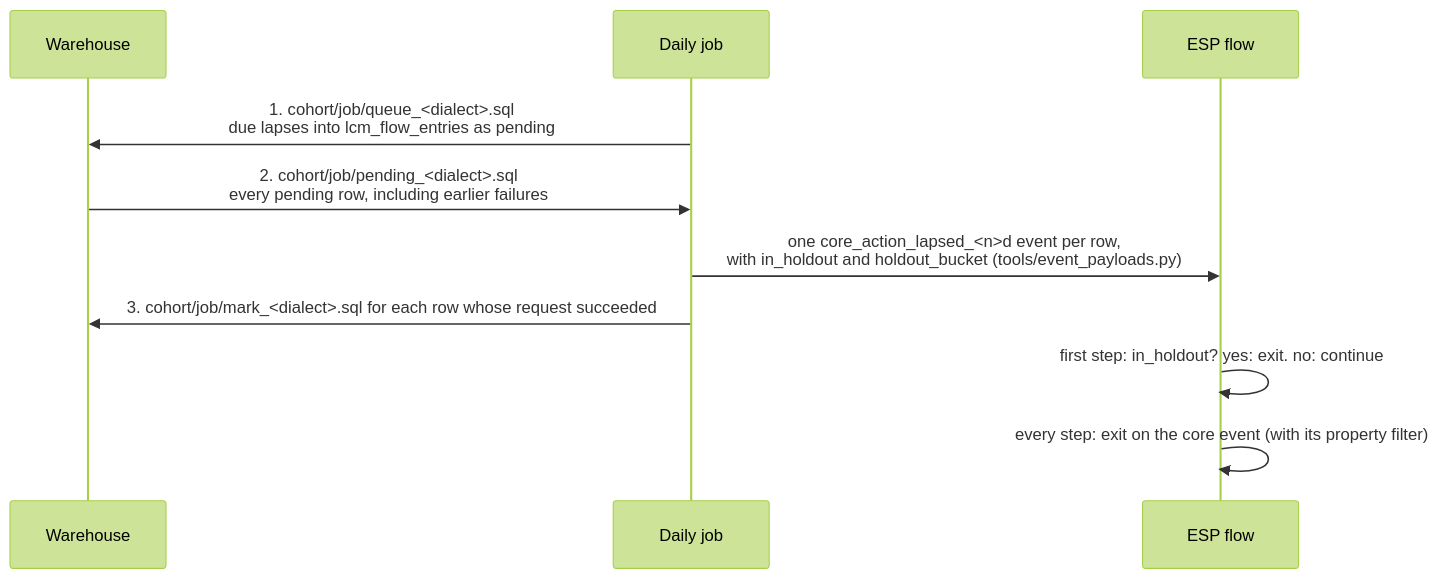
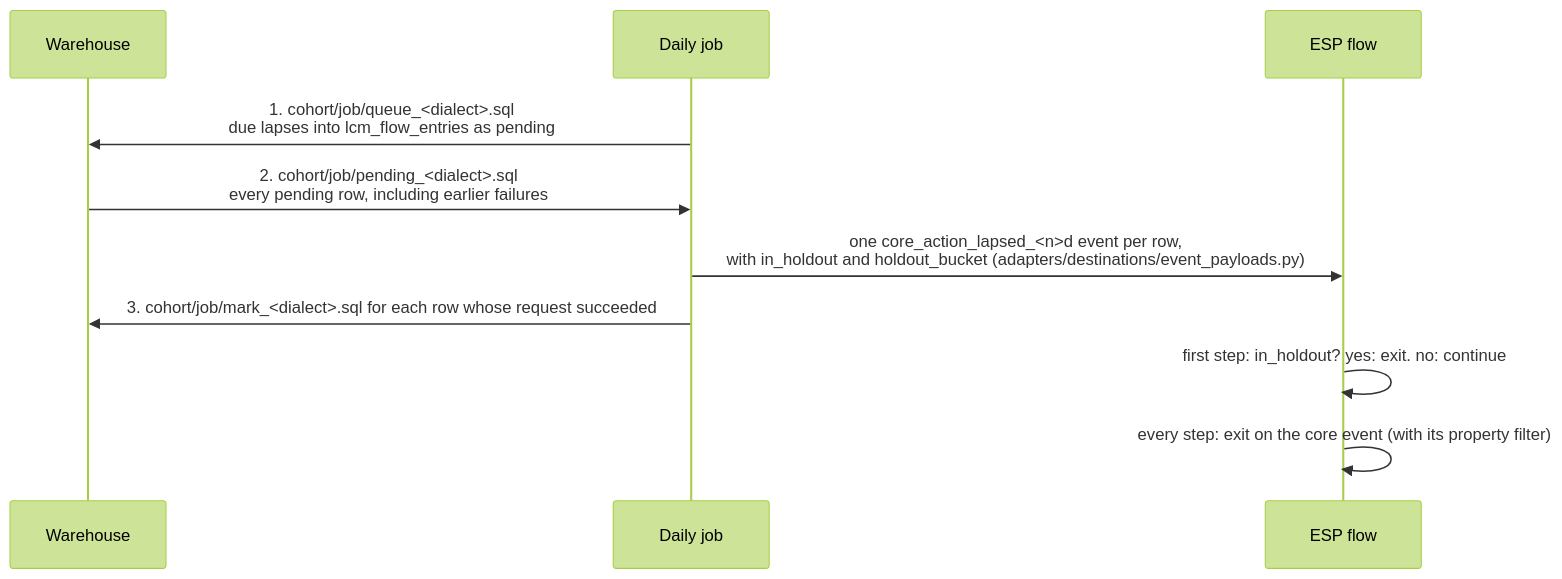
Before and after one commit to kyle-olmstead/lifecycle-marketing-claude-engine: the second of 2 diagrams in docs/architectural_overview.md, drawn with Mermaid (forest theme). The commit also changed other lines of this file and 253 other files, not shown here.

````diff
--- a/docs/architectural_overview.md
+++ b/docs/architectural_overview.md
@@ -77,12 +77,12 @@
 ```mermaid
 sequenceDiagram
     participant WH as Warehouse
     participant Job as Daily job
     participant ESP as ESP flow
     Job->>WH: 1. cohort/job/queue_<dialect>.sql<br/>due lapses into lcm_flow_entries as pending
     WH->>Job: 2. cohort/job/pending_<dialect>.sql<br/>every pending row, including earlier failures
-    Job->>ESP: one core_action_lapsed_<n>d event per row,<br/>with in_holdout and holdout_bucket (tools/event_payloads.py)
+    Job->>ESP: one core_action_lapsed_<n>d event per row,<br/>with in_holdout and holdout_bucket (adapters/destinations/event_payloads.py)
     Job->>WH: 3. cohort/job/mark_<dialect>.sql for each row whose request succeeded
     ESP->>ESP: first step: in_holdout? yes: exit. no: continue
     ESP->>ESP: every step: exit on the core event (with its property filter)
 ```
````
